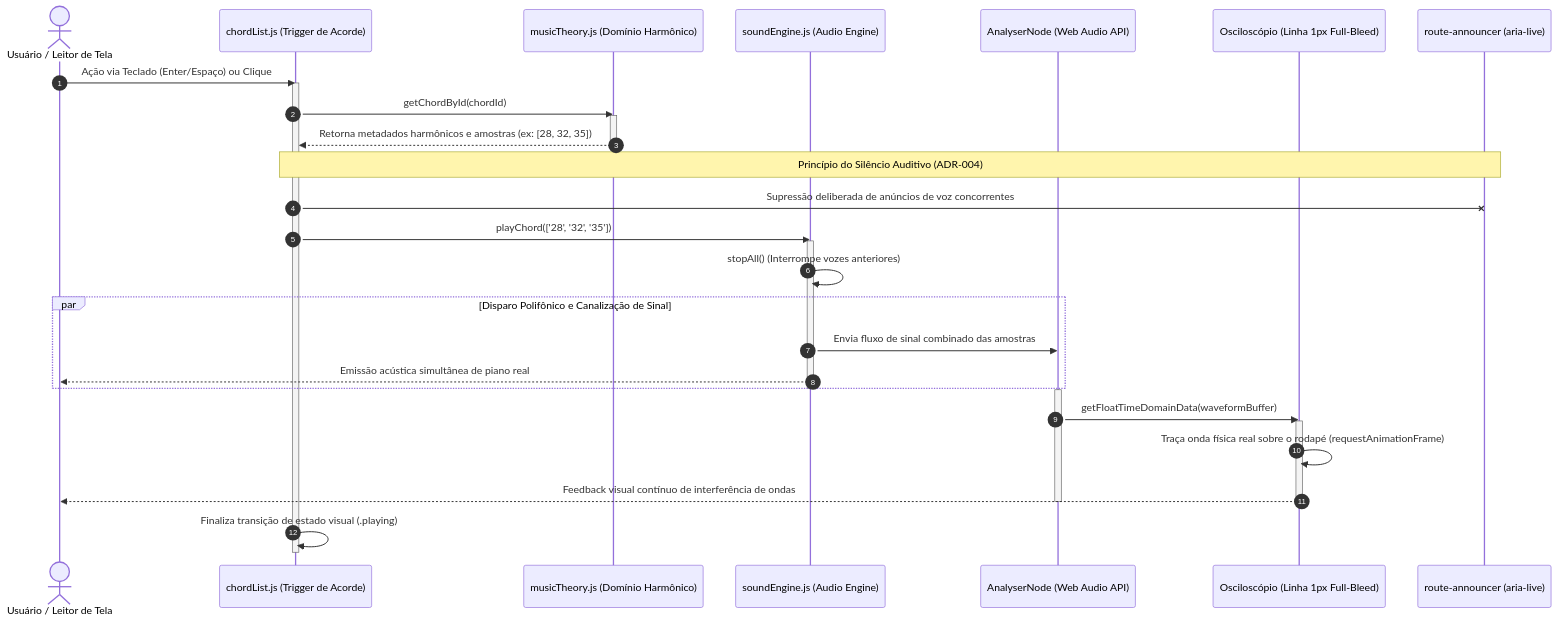
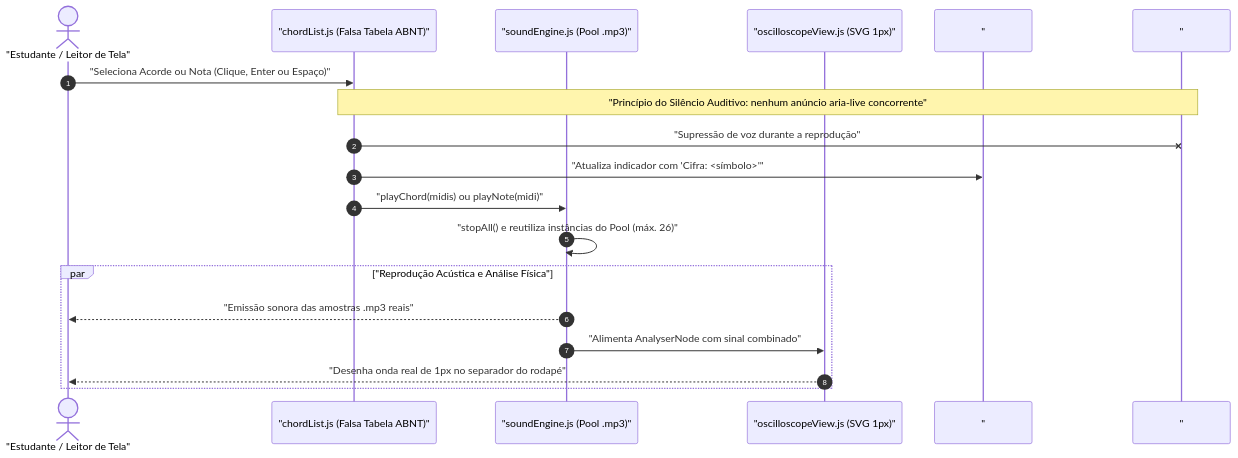
One commit to julianachavespalm/acordes changed the second of 4 diagrams in README.md. Above: the diagram before and after it, drawn with Mermaid. The commit also changed other lines of this file and 39 other files, not shown here.

````diff
--- a/README.md
+++ b/README.md
@@ -153,43 +122,22 @@
 ```mermaid
 sequenceDiagram
     autonumber
-    actor User as Usuário / Leitor de Tela
-    participant Trigger as chordList.js (Trigger de Acorde)
-    participant Domain as musicTheory.js (Domínio Harmônico)
-    participant Sound as soundEngine.js (Audio Engine)
-    participant Node as AnalyserNode (Web Audio API)
-    participant Scope as Osciloscópio (Linha 1px Full-Bleed)
-    participant Announcer as route-announcer (aria-live)
+    actor User as "Estudante / Leitor de Tela"
+    participant List as "chordList.js (Falsa Tabela ABNT)"
+    participant Engine as "soundEngine.js (Pool .mp3)"
+    participant Osc as "oscilloscopeView.js (SVG 1px)"
+    participant Footer as "#footer-cifra (Rodapé)"
+    participant Live as "#route-announcer (aria-live)"
 
-    User->>Trigger: Ação via Teclado (Enter/Espaço) ou Clique
-    activate Trigger
-
-    Trigger->>Domain: getChordById(chordId)
-    activate Domain
-    Domain-->>Trigger: Retorna metadados harmônicos e amostras (ex: [28, 32, 35])
-    deactivate Domain
-
-    Note over Trigger,Announcer: Princípio do Silêncio Auditivo (ADR-004)
-    Trigger-xAnnouncer: Supressão deliberada de anúncios de voz concorrentes
-
-    Trigger->>Sound: playChord(['28', '32', '35'])
-    activate Sound
-    Sound->>Sound: stopAll() (Interrompe vozes anteriores)
-
-    par Disparo Polifônico e Canalização de Sinal
-        Sound->>Node: Envia fluxo de sinal combinado das amostras
-        Sound-->>User: Emissão acústica simultânea de piano real
+    User->>List: "Seleciona Acorde ou Nota (Clique, Enter ou Espaço)"
+    Note over List,Live: "Princípio do Silêncio Auditivo: nenhum anúncio aria-live concorrente"
+    List-xLive: "Supressão de voz durante a reprodução"
+    List->>Footer: "Atualiza indicador com 'Cifra: <símbolo>'"
+    List->>Engine: "playChord(midis) ou playNote(midi)"
+    Engine->>Engine: "stopAll() e reutiliza instâncias do Pool (máx. 26)"
+    par "Reprodução Acústica e Análise Física"
+        Engine-->>User: "Emissão sonora das amostras .mp3 reais"
+        Engine->>Osc: "Alimenta AnalyserNode com sinal combinado"
+        Osc-->>User: "Desenha onda real de 1px no separador do rodapé"
     end
-    deactivate Sound
-
-    activate Node
-    Node->>Scope: getFloatTimeDomainData(waveformBuffer)
-    activate Scope
-    Scope->>Scope: Traça onda física real sobre o rodapé (requestAnimationFrame)
-    Scope-->>User: Feedback visual contínuo de interferência de ondas
-    deactivate Scope
-    deactivate Node
-
-    Trigger->>Trigger: Finaliza transição de estado visual (.playing)
-    deactivate Trigger
 ```
````
